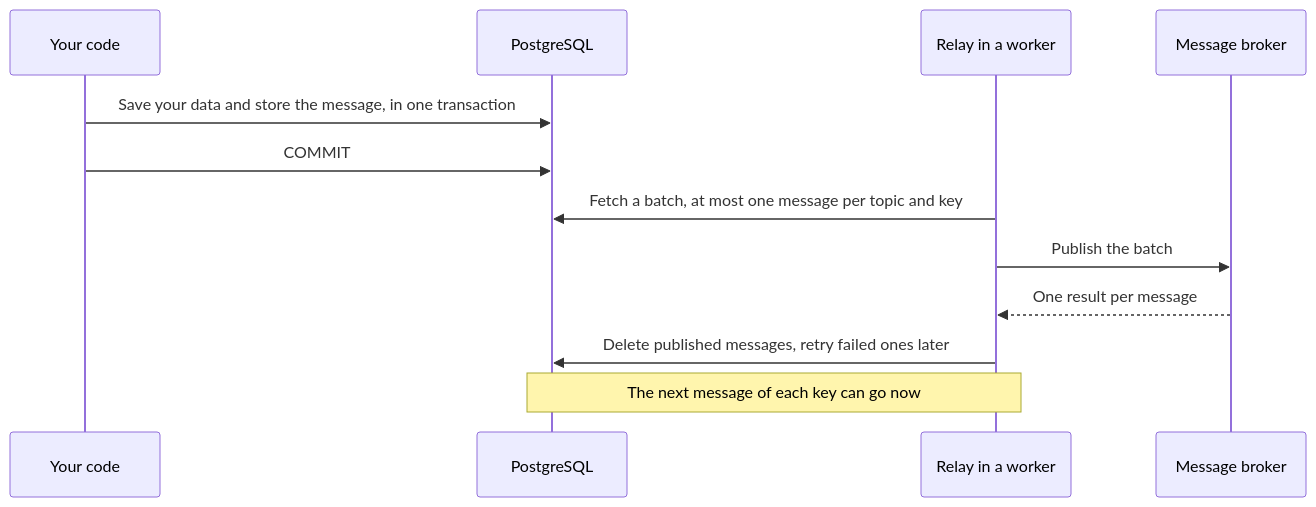
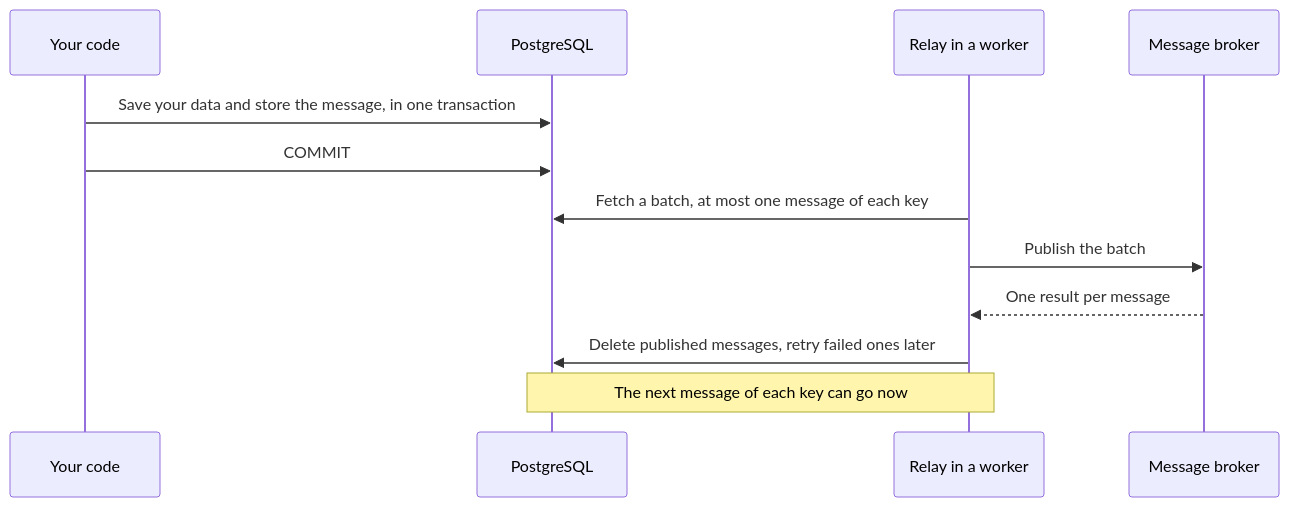
One commit to code19m/taskmill changed the diagram in docs/guides/outbox.md. Above: the diagram before and after it, drawn with Mermaid. The commit also changed 2 other files, not shown here.

Commit message:
docs(outbox): limit the same-key promise to messages with a key (#141)
The Publisher comment said that a batch never holds two deliveries with
the same topic and key. That holds only for messages with a key: a
message without one has no FIFO group, so nothing keeps two of a topic
out of one batch, and the package's own test broker lets them through.
A publisher written to the old words could treat a second message
without a key as a fault.

The comment now promises it for deliveries that have a key, and says
that those without one can share a batch. The diagram in the guide says
"of each key" for the same reason. The tutorial names the key only
where it speaks of messages that have one, so it stays as it is.

````diff
--- a/docs/guides/outbox.md
+++ b/docs/guides/outbox.md
@@ -51,14 +51,14 @@
 ```mermaid
 sequenceDiagram
     participant App as Your code
     participant DB as PostgreSQL
     participant R as Relay in a worker
     participant B as Message broker
     App->>DB: Save your data and store the message, in one transaction
     App->>DB: COMMIT
-    R->>DB: Fetch a batch, at most one message per topic and key
+    R->>DB: Fetch a batch, at most one message of each key
     R->>B: Publish the batch
     B-->>R: One result per message
     R->>DB: Delete published messages, retry failed ones later
     Note over R,DB: The next message of each key can go now
 ```
````
